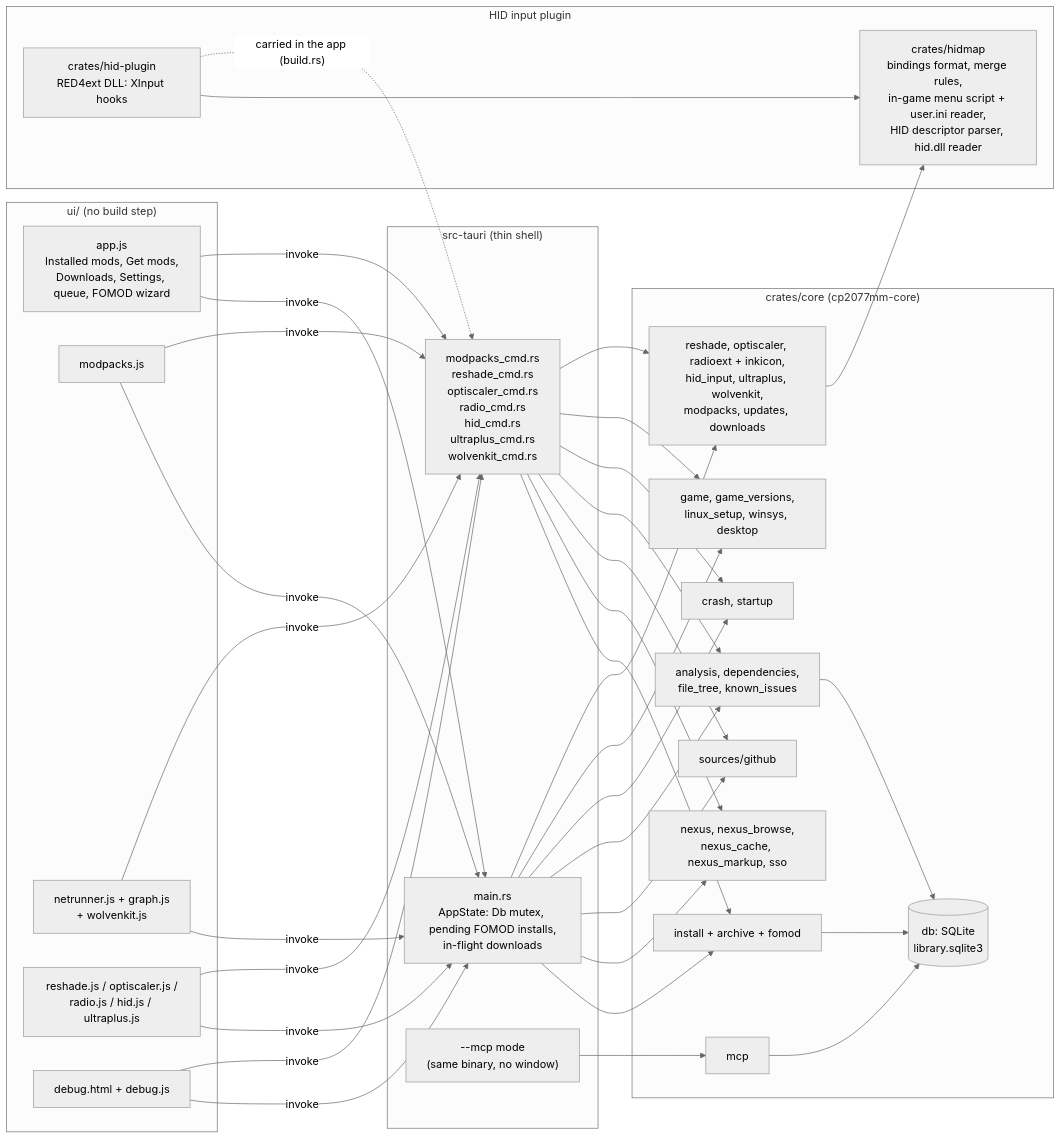
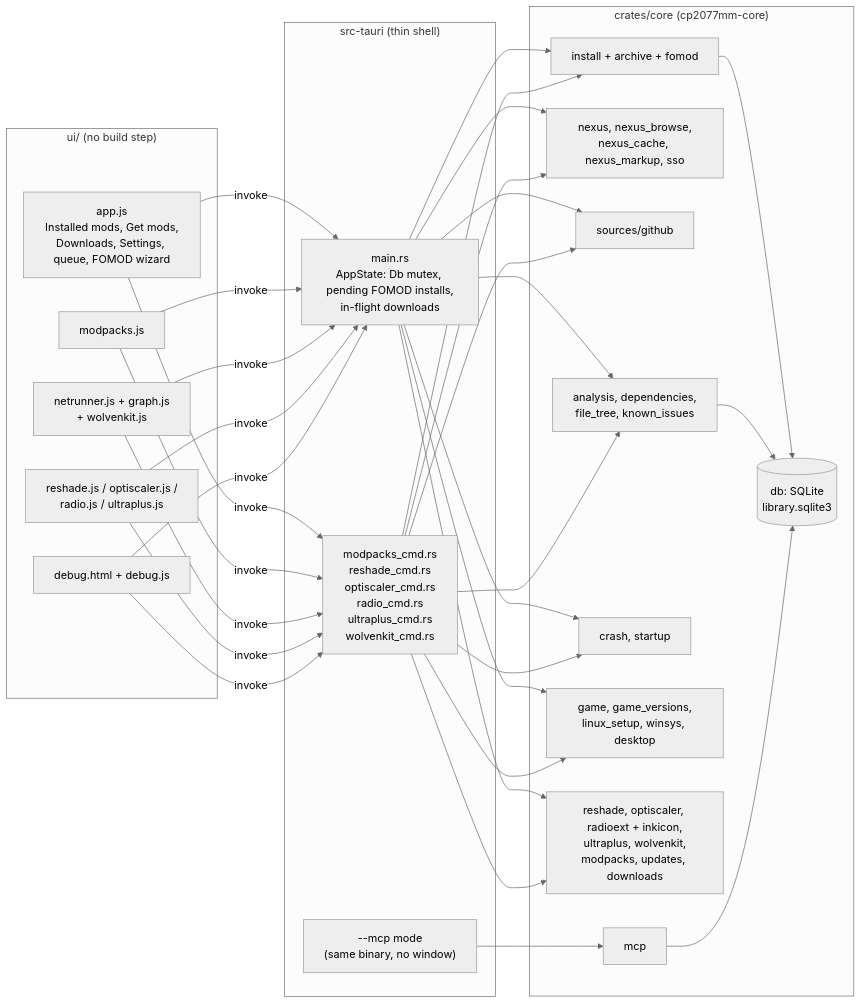
Before and after one commit to Higher-dimentionalSemanticsFanatic/LinuxCPMX2077: the first of 2 diagrams in docs/architecture/App structure.md, drawn with Mermaid (neutral theme). The commit also changed other lines of this file and 30 other files, not shown here.

First line of the commit message:
HID Input: standalone game mod only, no CPMX2077 integration

````diff
--- a/docs/architecture/App structure.md
+++ b/docs/architecture/App structure.md
@@ -12,38 +12,31 @@
 ```mermaid
 flowchart LR
   subgraph UI["ui/ (no build step)"]
     app[app.js<br/>Installed mods, Get mods,<br/>Downloads, Settings, queue, FOMOD wizard]
     mp[modpacks.js]
     nr[netrunner.js + graph.js<br/>+ wolvenkit.js]
-    rs[reshade.js / optiscaler.js /<br/>radio.js / hid.js / ultraplus.js]
+    rs[reshade.js / optiscaler.js /<br/>radio.js / ultraplus.js]
     dbg[debug.html + debug.js]
   end
   subgraph Shell["src-tauri (thin shell)"]
     main[main.rs<br/>AppState: Db mutex, pending FOMOD installs,<br/>in-flight downloads]
-    cmds[modpacks_cmd.rs<br/>reshade_cmd.rs<br/>optiscaler_cmd.rs<br/>radio_cmd.rs<br/>hid_cmd.rs<br/>ultraplus_cmd.rs<br/>wolvenkit_cmd.rs]
+    cmds[modpacks_cmd.rs<br/>reshade_cmd.rs<br/>optiscaler_cmd.rs<br/>radio_cmd.rs<br/>ultraplus_cmd.rs<br/>wolvenkit_cmd.rs]
     mcpbin["--mcp mode<br/>(same binary, no window)"]
   end
   subgraph Core["crates/core (cp2077mm-core)"]
     install[install + archive + fomod]
     db[(db: SQLite<br/>library.sqlite3)]
     nexus[nexus, nexus_browse,<br/>nexus_cache, nexus_markup, sso]
     sources[sources/github]
     analysis[analysis, dependencies,<br/>file_tree, known_issues]
     diag[crash, startup]
     setup[game, game_versions,<br/>linux_setup, winsys, desktop]
-    extra[reshade, optiscaler, radioext + inkicon,<br/>hid_input, ultraplus, wolvenkit,<br/>modpacks, updates, downloads]
+    extra[reshade, optiscaler, radioext + inkicon,<br/>ultraplus, wolvenkit,<br/>modpacks, updates, downloads]
     mcp[mcp]
-  end
-  subgraph Hid["HID input plugin"]
-    hidmap[crates/hidmap<br/>bindings format, merge rules,<br/>in-game menu script + user.ini reader,<br/>HID descriptor parser, hid.dll reader]
-    plugin[crates/hid-plugin<br/>RED4ext DLL: XInput hooks]
   end
   app & mp & nr & rs & dbg -- invoke --> main & cmds
   main & cmds --> install & nexus & sources & analysis & diag & setup & extra
   install --> db
   analysis --> db
   mcpbin --> mcp --> db
-  extra --> hidmap
-  plugin --> hidmap
-  plugin -. "carried in the app (build.rs)" .-> cmds
 ```
````
